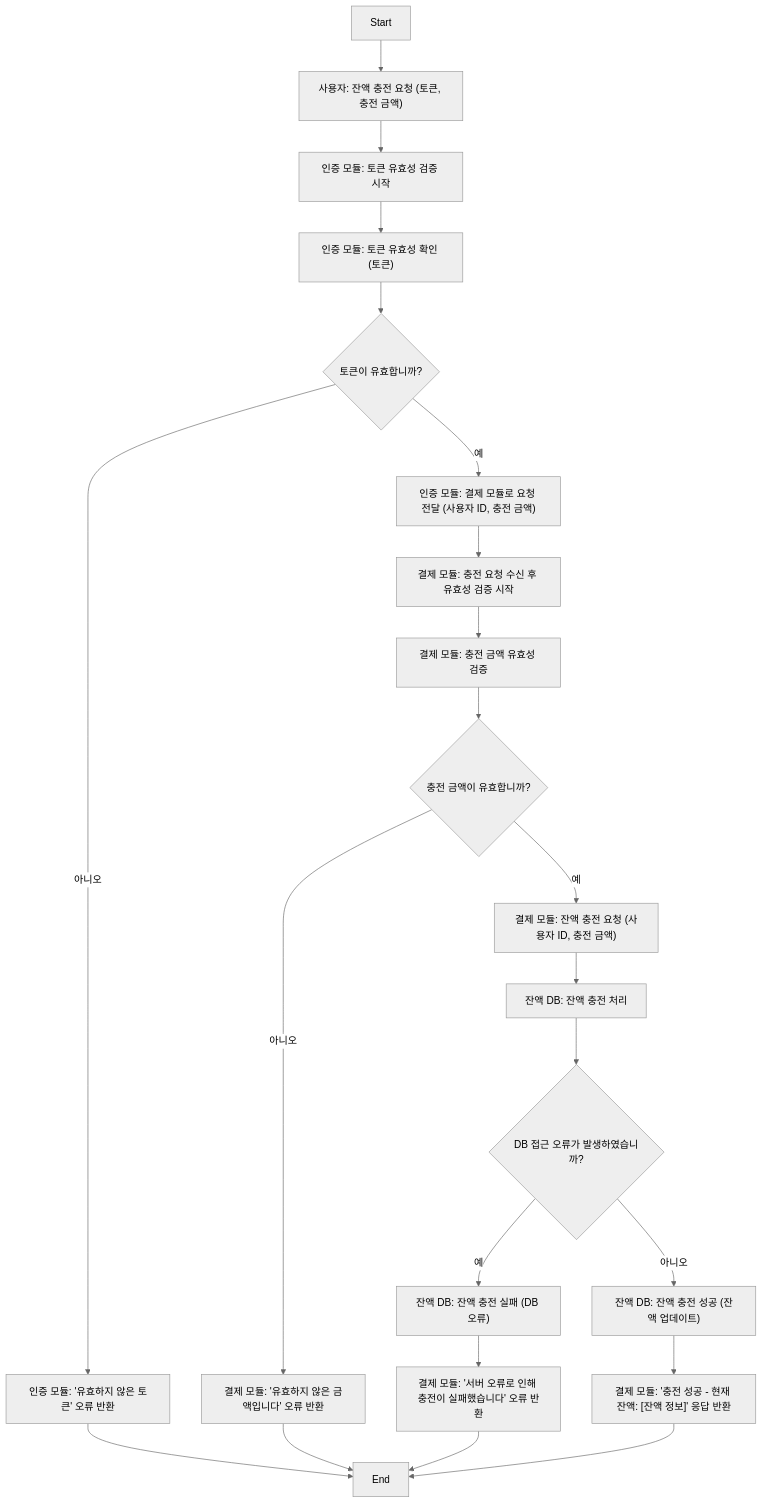
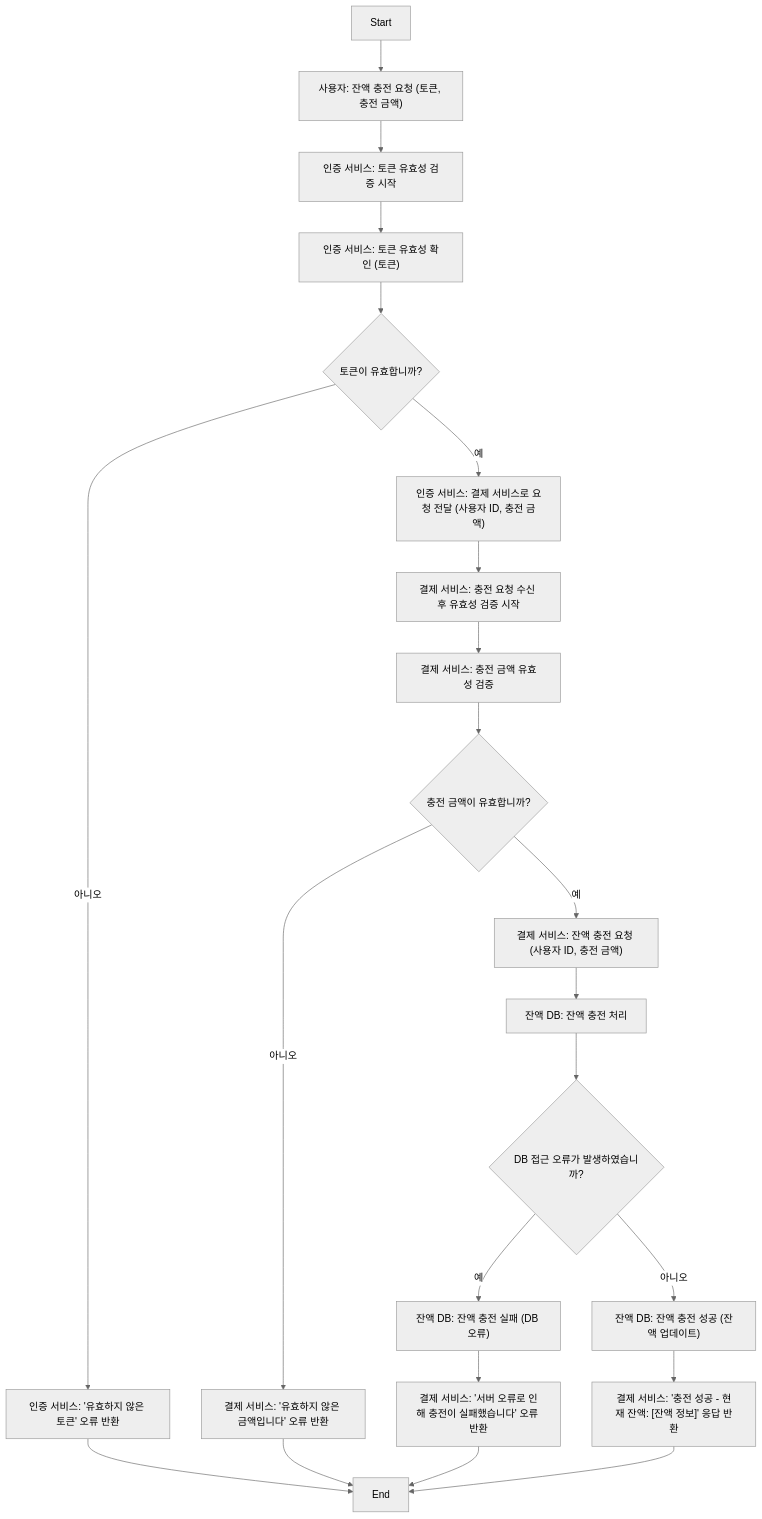
One commit to SooLee99/hhplus-concert-reservation-service changed diagram 12 of 14 in README.md. Above: the diagram before and after it, drawn with Mermaid (neutral theme). The commit also changed other lines of this file, not shown here.

````diff
--- a/README.md
+++ b/README.md
@@ -514,44 +514,44 @@
 ```mermaid
 flowchart TD
     %% 노드 정의
     Start["Start"]
     A_RequestRecharge["사용자: 잔액 충전 요청 (토큰, 충전 금액)"]
-    B_TokenValidation["인증 모듈: 토큰 유효성 검증 시작"]
-    C_ValidateToken["인증 모듈: 토큰 유효성 확인 (토큰)"]
+    B_TokenValidation["인증 서비스: 토큰 유효성 검증 시작"]
+    C_ValidateToken["인증 서비스: 토큰 유효성 확인 (토큰)"]
     D_TokenValid{"토큰이 유효합니까?"}
-    E_InvalidToken["인증 모듈: '유효하지 않은 토큰' 오류 반환"]
-    F_ForwardRequest["인증 모듈: 결제 모듈로 요청 전달 (사용자 ID, 충전 금액)"]
-    G_StartValidation["결제 모듈: 충전 요청 수신 후 유효성 검증 시작"]
-    H_ValidateAmount["결제 모듈: 충전 금액 유효성 검증"]
+    E_InvalidToken["인증 서비스: '유효하지 않은 토큰' 오류 반환"]
+    F_ForwardRequest["인증 서비스: 결제 서비스로 요청 전달 (사용자 ID, 충전 금액)"]
+    G_StartValidation["결제 서비스: 충전 요청 수신 후 유효성 검증 시작"]
+    H_ValidateAmount["결제 서비스: 충전 금액 유효성 검증"]
     I_AmountValid{"충전 금액이 유효합니까?"}
-    J_InvalidAmount["결제 모듈: '유효하지 않은 금액입니다' 오류 반환"]
-    K_RechargeRequest["결제 모듈: 잔액 충전 요청 (사용자 ID, 충전 금액)"]
+    J_InvalidAmount["결제 서비스: '유효하지 않은 금액입니다' 오류 반환"]
+    K_RechargeRequest["결제 서비스: 잔액 충전 요청 (사용자 ID, 충전 금액)"]
     L_DBAccess["잔액 DB: 잔액 충전 처리"]
     M_DBError{"DB 접근 오류가 발생하였습니까?"}
     N_DBErrorResponse["잔액 DB: 잔액 충전 실패 (DB 오류)"]
-    O_ServerError["결제 모듈: '서버 오류로 인해 충전이 실패했습니다' 오류 반환"]
+    O_ServerError["결제 서비스: '서버 오류로 인해 충전이 실패했습니다' 오류 반환"]
     P_RechargeSuccess["잔액 DB: 잔액 충전 성공 (잔액 업데이트)"]
-    Q_ReturnSuccess["결제 모듈: '충전 성공 - 현재 잔액: [잔액 정보]' 응답 반환"]
+    Q_ReturnSuccess["결제 서비스: '충전 성공 - 현재 잔액: [잔액 정보]' 응답 반환"]
     End["End"]
     
     %% 흐름 연결
     Start --> A_RequestRecharge
     A_RequestRecharge --> B_TokenValidation
     B_TokenValidation --> C_ValidateToken
     C_ValidateToken --> D_TokenValid
 
     D_TokenValid -- "아니오" --> E_InvalidToken --> End
     D_TokenValid -- "예" --> F_ForwardRequest
 
     F_ForwardRequest --> G_StartValidation
     G_StartValidation --> H_ValidateAmount
     H_ValidateAmount --> I_AmountValid
 
     I_AmountValid -- "아니오" --> J_InvalidAmount --> End
     I_AmountValid -- "예" --> K_RechargeRequest
     K_RechargeRequest --> L_DBAccess
     L_DBAccess --> M_DBError
 
     M_DBError -- "예" --> N_DBErrorResponse --> O_ServerError --> End
     M_DBError -- "아니오" --> P_RechargeSuccess --> Q_ReturnSuccess --> End
 ```
````
